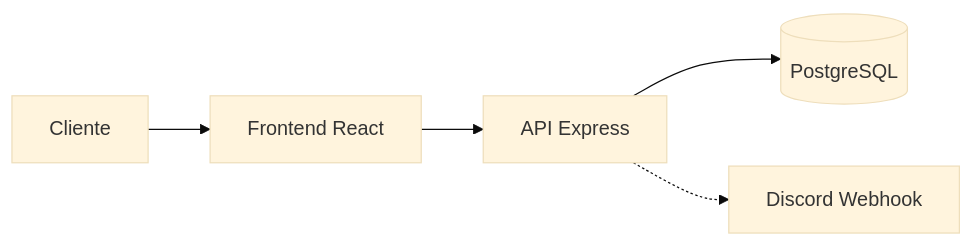
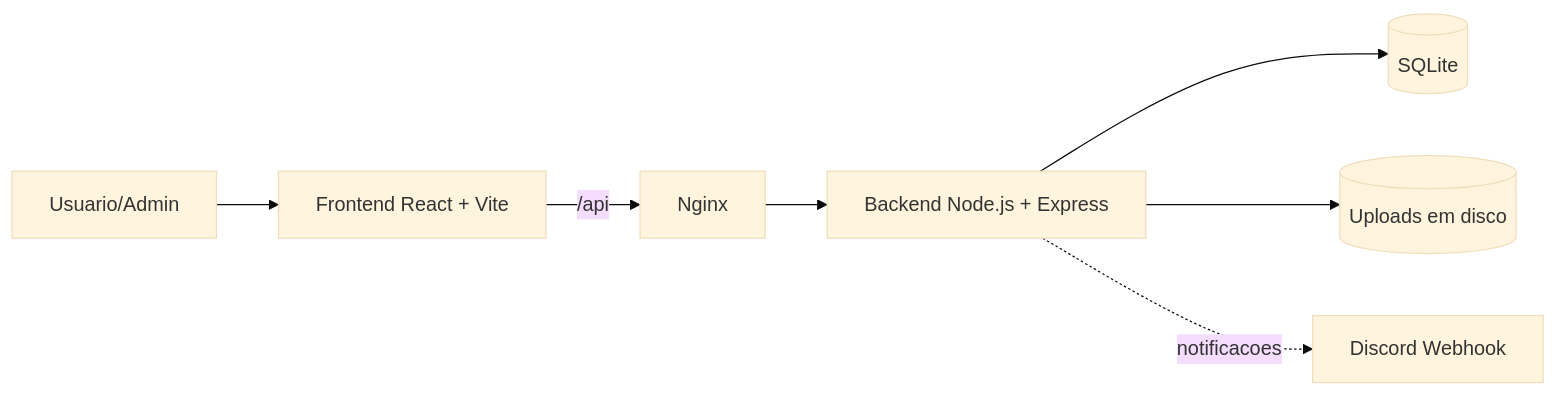
Before and after one commit to fflf01/iAfiliado-v2: the diagram in docs/ARCHITECTURE.md, drawn with Mermaid (base theme). The commit also changed other lines of this file and 67 other files, not shown here.

````diff
--- a/docs/ARCHITECTURE.md
+++ b/docs/ARCHITECTURE.md
@@ -12,12 +20,17 @@
 ```mermaid
 flowchart LR
-  Client[Cliente]
-  Frontend[Frontend React]
-  API[API Express]
-  DB[(PostgreSQL)]
-  Discord[Discord Webhook]
-  Client --> Frontend
-  Frontend --> API
+  U[Usuario/Admin]
+  FE[Frontend React + Vite]
+  N[Nginx]
+  API[Backend Node.js + Express]
+  DB[(SQLite)]
+  FS[(Uploads em disco)]
+  D[Discord Webhook]
+
+  U --> FE
+  FE -->|/api| N
+  N --> API
   API --> DB
-  API -.-> Discord
+  API --> FS
+  API -. notificacoes .-> D
 ```
````
